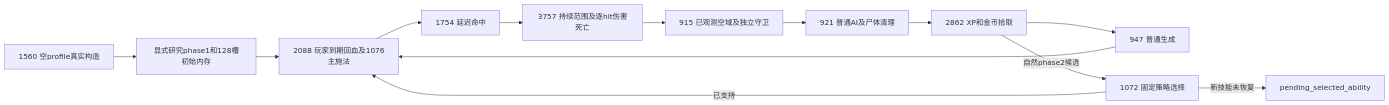
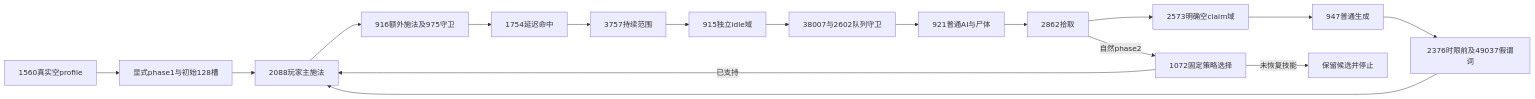
The first of 4 diagrams in reverse-engineering/CORE_MAP.md (al90slj23/azeroth-ports), drawn with Mermaid before and after one commit. The commit also changed other lines of this file and 66 other files, not shown here.

````diff
--- a/reverse-engineering/CORE_MAP.md
+++ b/reverse-engineering/CORE_MAP.md
@@ -13,15 +13,19 @@
 ```mermaid
 flowchart LR
-    Init[1560 空profile真实构造] --> Boundary[显式研究phase1和128槽初始内存]
-    Boundary --> Player[2088 玩家到期回血及1076主施法]
-    Player --> Hits[1754 延迟命中]
-    Hits --> Area[3757 持续范围及逐hit伤害死亡]
-    Area --> Effects[915 已观测空域及独立守卫]
-    Effects --> AI[921 普通AI及尸体清理]
-    AI --> Pickup[2862 XP和金币拾取]
-    Pickup --> Spawn[947 普通生成]
-    Spawn --> Player
-    Pickup -->|自然phase2候选| Select[1072 固定策略选择]
+    Init[1560真实空profile] --> Boundary[显式phase1与初始128槽]
+    Boundary --> Player[2088玩家主施法]
+    Player --> Extra[916额外施法及975守卫]
+    Extra --> Hits[1754延迟命中]
+    Hits --> Area[3757持续范围]
+    Area --> Effects[915独立idle域]
+    Effects --> Queues[38007与2602队列守卫]
+    Queues --> AI[921普通AI与尸体]
+    AI --> Pickup[2862拾取]
+    Pickup --> Claim[2573明确空claim域]
+    Claim --> Spawn[947普通生成]
+    Spawn --> Tail[2376时限前及49037假谓词]
+    Tail --> Player
+    Pickup -->|自然phase2| Select[1072固定策略选择]
     Select -->|已支持| Player
-    Select -->|新技能未恢复| Pending[pending_selected_ability]
+    Select -->|未恢复技能| Pending[保留候选并停止]
 ```
````
